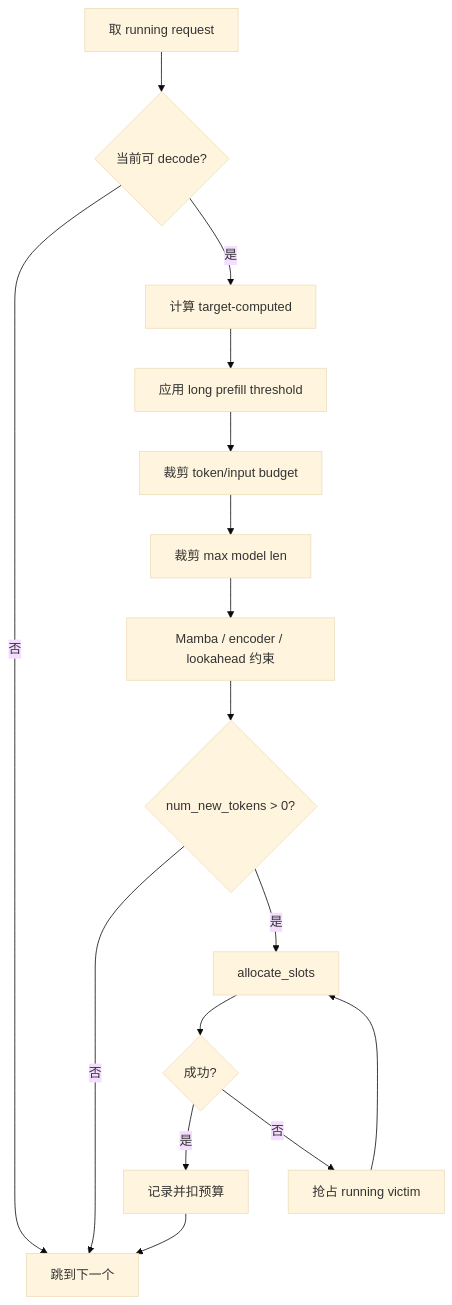
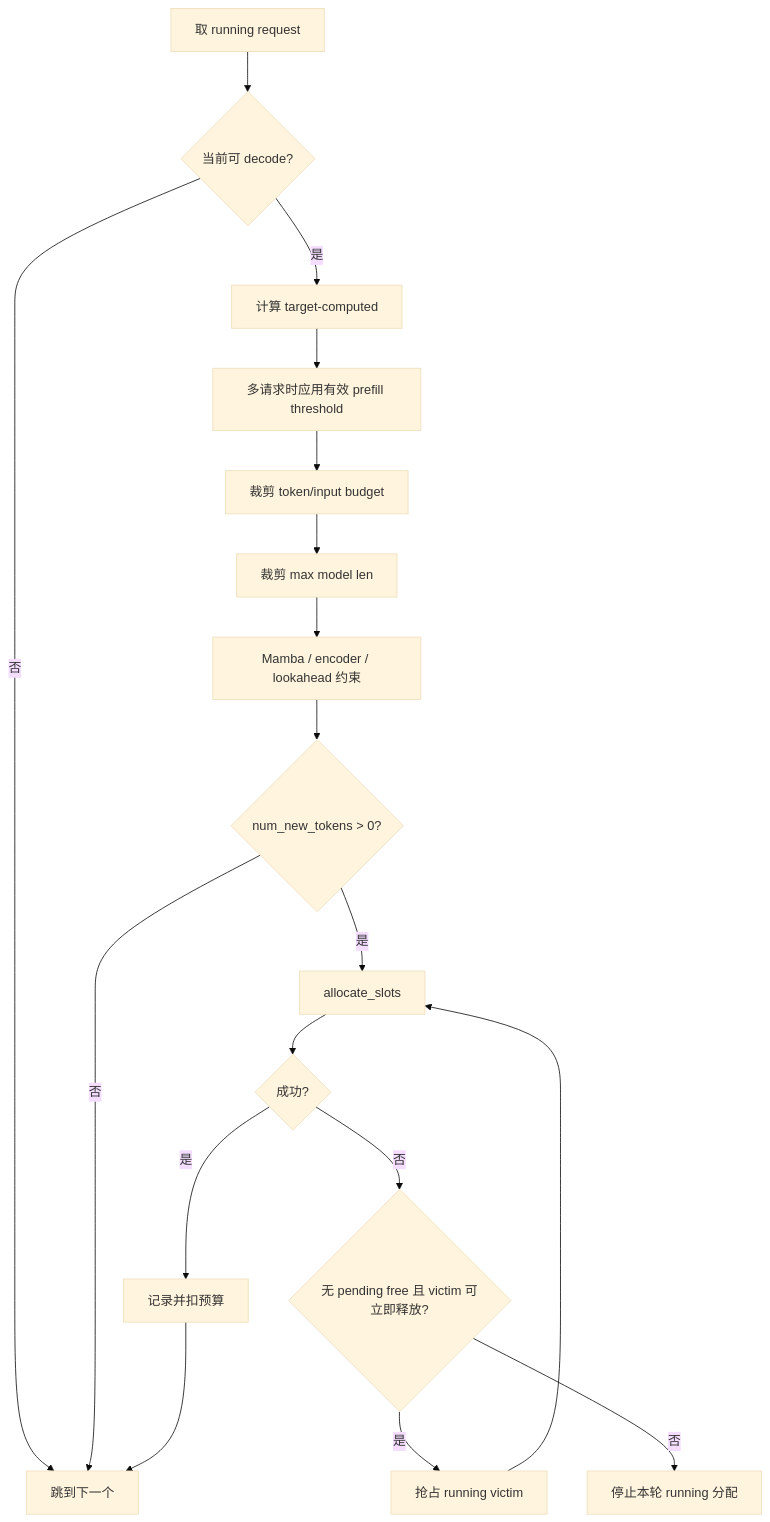
One commit to cluster1900/vllm_reader changed the ninth of 26 diagrams in book/04-scheduler/README.md. Above: the diagram before and after it, drawn with Mermaid (base theme). The commit also changed other lines of this file and 26 other files, not shown here.

````diff
--- a/book/04-scheduler/README.md
+++ b/book/04-scheduler/README.md
@@ -509,18 +517,20 @@
 ```mermaid
 flowchart TB
     A[取 running request] --> B{当前可 decode?}
     B -->|否| NEXT[跳到下一个]
     B -->|是| C[计算 target-computed]
-    C --> D[应用 long prefill threshold]
+    C --> D[多请求时应用有效 prefill threshold]
     D --> E[裁剪 token/input budget]
     E --> F[裁剪 max model len]
     F --> G[Mamba / encoder / lookahead 约束]
     G --> H{num_new_tokens > 0?}
     H -->|否| NEXT
     H -->|是| I[allocate_slots]
     I --> J{成功?}
     J -->|是| K[记录并扣预算]
-    J -->|否| L[抢占 running victim]
+    J -->|否| SAFE{无 pending free 且 victim 可立即释放?}
+    SAFE -->|是| L[抢占 running victim]
+    SAFE -->|否| STOP[停止本轮 running 分配]
     L --> I
     K --> NEXT
 ```
````
